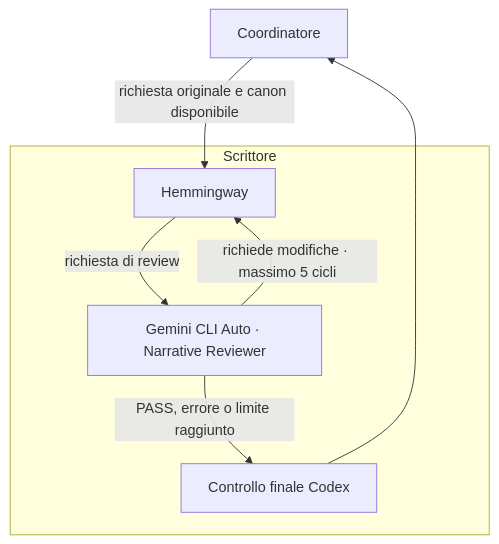
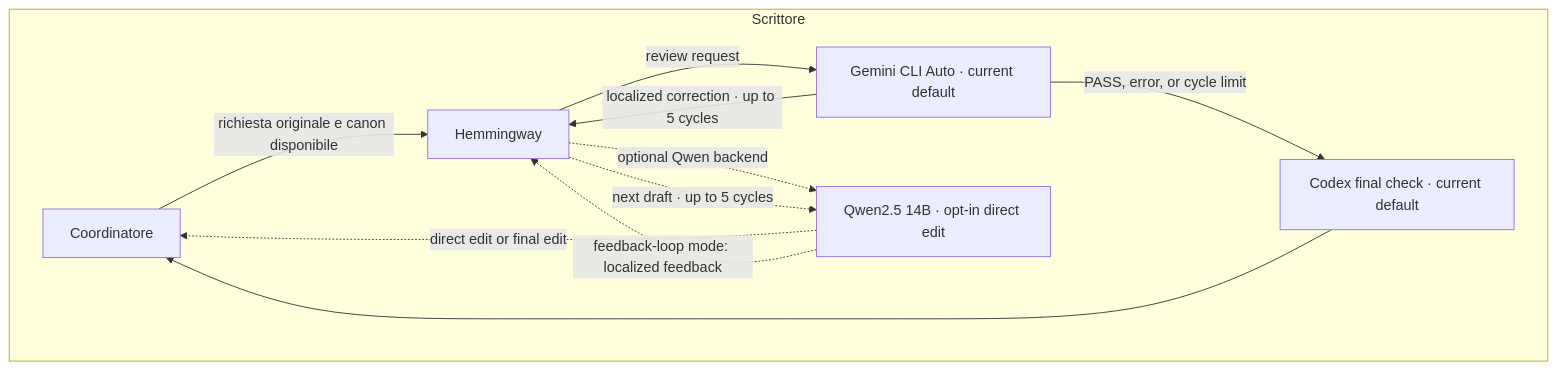
The fifth of 12 diagrams in README.md (DRincs-Productions/LM-Studio), drawn with Mermaid before and after one commit. The commit also changed other lines of this file and 15 other files, not shown here.

Commit message:
feat: add Qwen narration review option and client plugin

````diff
--- a/README.md
+++ b/README.md
@@ -112,14 +112,19 @@
 ```mermaid
 flowchart TD
     C[Coordinatore]
     subgraph SCRITTORE[Scrittore]
         W[Hemmingway]
-        R[Gemini CLI Auto · Narrative Reviewer]
-        X[Controllo finale Codex]
-        W -->|richiesta di review| R
-        R -->|richiede modifiche · massimo 5 cicli| W
-        R -->|PASS, errore o limite raggiunto| X
+        G[Gemini CLI Auto · current default]
+        X[Codex final check · current default]
+        Q[Qwen2.5 14B · opt-in direct edit]
+        W -->|review request| G
+        G -->|localized correction · up to 5 cycles| W
+        G -->|PASS, error, or cycle limit| X
+        W -. optional Qwen backend .-> Q
+        Q -. direct edit or final edit .-> C
+        Q -. feedback-loop mode: localized feedback .-> W
+        W -. next draft · up to 5 cycles .-> Q
     end
     C -->|richiesta originale e canon disponibile| W
     X --> C
 ```
````
